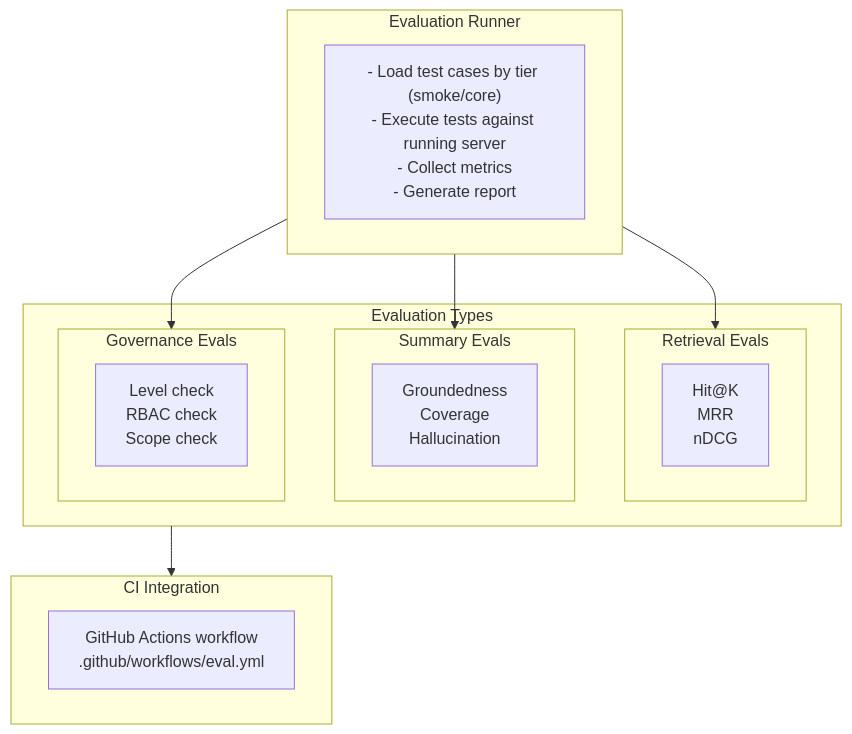
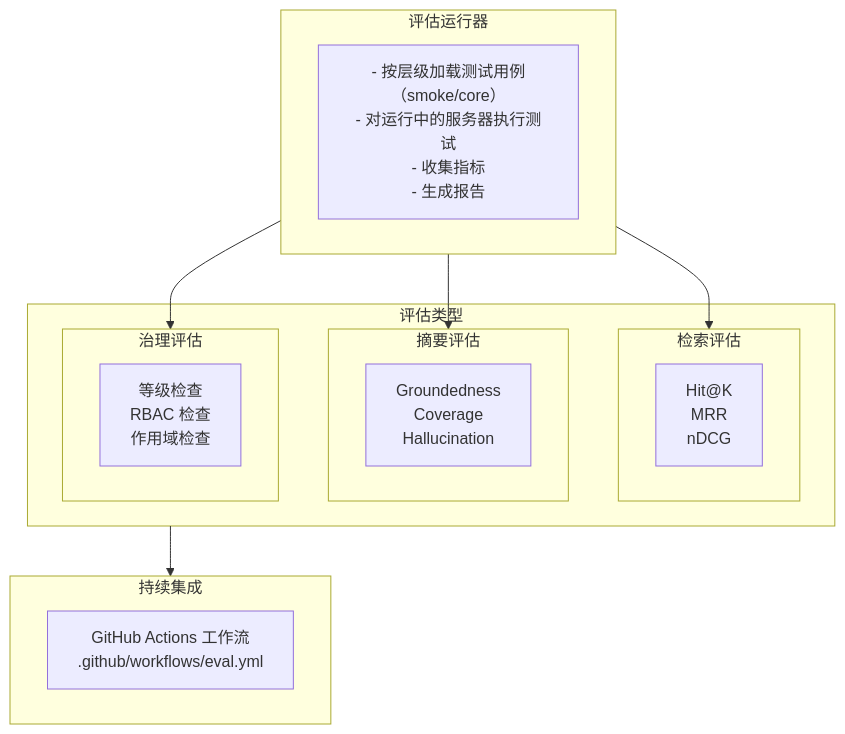
One commit to pofossette/TrapMap-for-vibing changed the first of 5 diagrams in docs/architecture/components/EVALUATION.md. Above: the diagram before and after it, drawn with Mermaid. The commit also changed other lines of this file and 31 other files, not shown here.

````diff
--- a/docs/architecture/components/EVALUATION.md
+++ b/docs/architecture/components/EVALUATION.md
@@ -9,29 +9,29 @@
 ```mermaid
 flowchart TB
-    subgraph Runner["Evaluation Runner"]
-        A["- Load test cases by tier (smoke/core)\n- Execute tests against running server\n- Collect metrics\n- Generate report"]
+    subgraph 评估运行器["评估运行器"]
+        A["- 按层级加载测试用例（smoke/core）\n- 对运行中的服务器执行测试\n- 收集指标\n- 生成报告"]
     end
 
-    subgraph Evals["Evaluation Types"]
-        subgraph Retrieval["Retrieval Evals"]
+    subgraph 评估类型["评估类型"]
+        subgraph 检索评估["检索评估"]
             B1["Hit@K\nMRR\nnDCG"]
         end
 
-        subgraph Summary["Summary Evals"]
+        subgraph 摘要评估["摘要评估"]
             B2["Groundedness\nCoverage\nHallucination"]
         end
 
-        subgraph Governance["Governance Evals"]
-            B3["Level check\nRBAC check\nScope check"]
+        subgraph 治理评估["治理评估"]
+            B3["等级检查\nRBAC 检查\n作用域检查"]
         end
     end
 
-    subgraph CI["CI Integration"]
-        C["GitHub Actions workflow\n.github/workflows/eval.yml"]
+    subgraph 持续集成["持续集成"]
+        C["GitHub Actions 工作流\n.github/workflows/eval.yml"]
     end
 
-    Runner --> Retrieval
-    Runner --> Summary
-    Runner --> Governance
-    Evals --> CI
+    评估运行器 --> 检索评估
+    评估运行器 --> 摘要评估
+    评估运行器 --> 治理评估
+    评估类型 --> 持续集成
 ```
````
